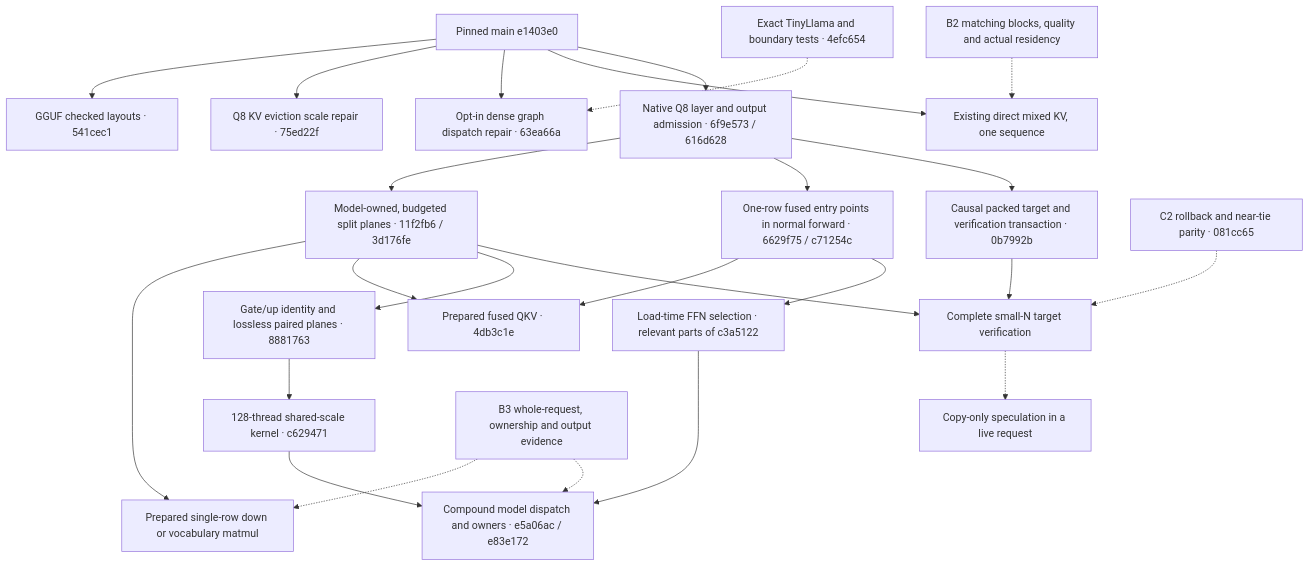
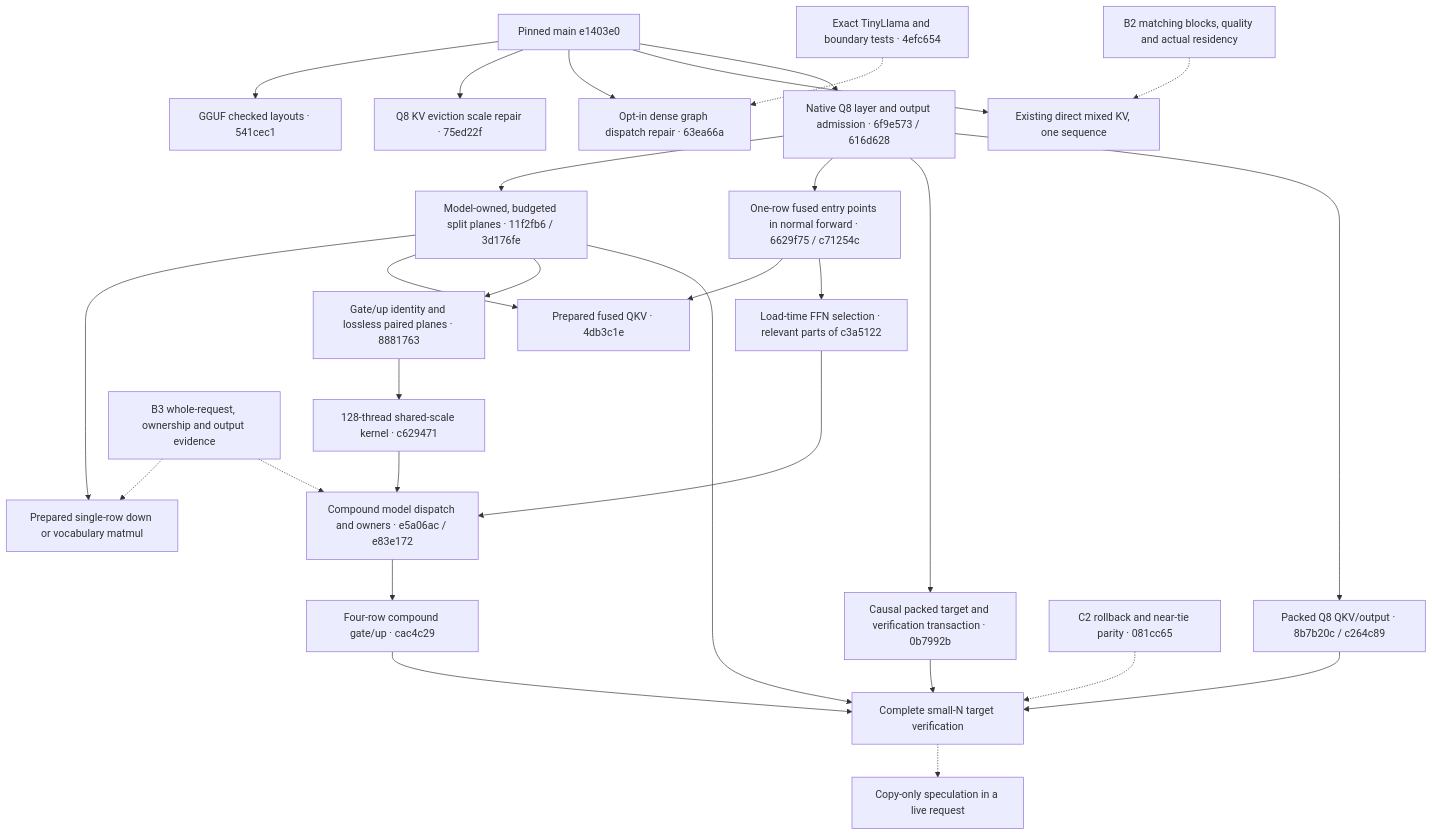
The diagram in docs/experiments/2026-11-21-main-dependencies/README.md (GuyPaddock/m40-llm), drawn with Mermaid before and after one commit. The commit also changed other lines of this file and 1 other file, not shown here.

First line of the commit message:
docs(research): trace four-row verifier admission

````diff
--- a/docs/experiments/2026-11-21-main-dependencies/README.md
+++ b/docs/experiments/2026-11-21-main-dependencies/README.md
@@ -151,27 +152,31 @@
 ```mermaid
 flowchart TD
     M["Pinned main e1403e0"] --> Shape["GGUF checked layouts · 541cec1"]
     M --> Scale["Q8 KV eviction scale repair · 75ed22f"]
     M --> Graph["Opt-in dense graph dispatch repair · 63ea66a"]
     M --> KV["Existing direct mixed KV, one sequence"]
     M --> Native["Native Q8 layer and output admission · 6f9e573 / 616d628"]
     Native --> Owner["Model-owned, budgeted split planes · 11f2fb6 / 3d176fe"]
     Owner --> Matmul["Prepared single-row down or vocabulary matmul"]
     Native --> Fused["One-row fused entry points in normal forward · 6629f75 / c71254c"]
     Fused --> QKV["Prepared fused QKV · 4db3c1e"]
     Fused --> Selector["Load-time FFN selection · relevant parts of c3a5122"]
     Owner --> QKV
     Owner --> Pair["Gate/up identity and lossless paired planes · 8881763"]
     Pair --> JointKernel["128-thread shared-scale kernel · c629471"]
     JointKernel --> Joint["Compound model dispatch and owners · e5a06ac / e83e172"]
     Selector --> Joint
     Native --> Packed["Causal packed target and verification transaction · 0b7992b"]
     Packed --> Verify["Complete small-N target verification"]
     Owner --> Verify
+    Joint --> FourGate["Four-row compound gate/up · cac4c29"]
+    FourGate --> Verify
+    Native --> Attn["Packed Q8 QKV/output · 8b7b20c / c264c89"]
+    Attn --> Verify
     C2["C2 rollback and near-tie parity · 081cc65"] -.-> Verify
     Verify -.-> Copy["Copy-only speculation in a live request"]
     B2["B2 matching blocks, quality and actual residency"] -.-> KV
     B1["Exact TinyLlama and boundary tests · 4efc654"] -.-> Graph
     B3["B3 whole-request, ownership and output evidence"] -.-> Matmul
     B3 -.-> Joint
 ```
````
